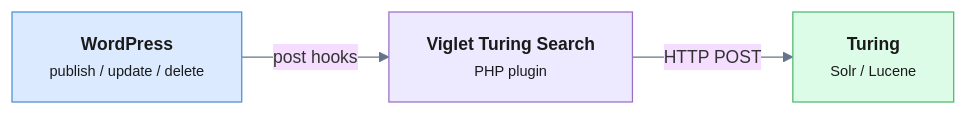
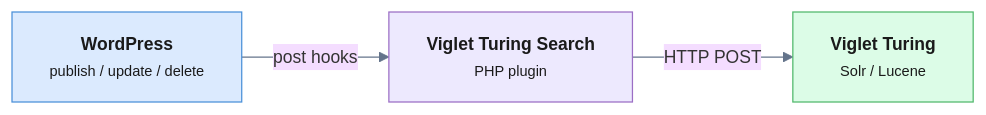
Before and after one commit to openviglet/site: the diagram in content/blog/diagrams/enterprise-search-for-wordpress.mmd, drawn with Mermaid. The commit also changed 57 other files, not shown here.

```diff
--- a/content/blog/diagrams/enterprise-search-for-wordpress.mmd
+++ b/content/blog/diagrams/enterprise-search-for-wordpress.mmd
@@ -1,15 +1,15 @@
 %%{init: {'theme': 'base', 'themeVariables': {'fontSize': '14px', 'lineColor': '#64748b'}}}%%
 flowchart LR
     WP["<b>WordPress</b><br/><small>publish / update / delete</small>"]
     PLG["<b>Viglet Turing Search</b><br/><small>PHP plugin</small>"]
-    TUR["<b>Turing</b><br/><small>Solr / Lucene</small>"]
+    TUR["<b>Viglet Turing</b><br/><small>Solr / Lucene</small>"]
 
     WP -->|"post hooks"| PLG
     PLG -->|"HTTP POST"| TUR
 
     classDef wp fill:#dbeafe,stroke:#4A90D9,color:#1a1a1a;
     classDef plg fill:#ede9fe,stroke:#9B6EC5,color:#1a1a1a;
     classDef tur fill:#dcfce7,stroke:#50B86C,color:#1a1a1a;
     class WP wp;
     class PLG plg;
     class TUR tur;
```
